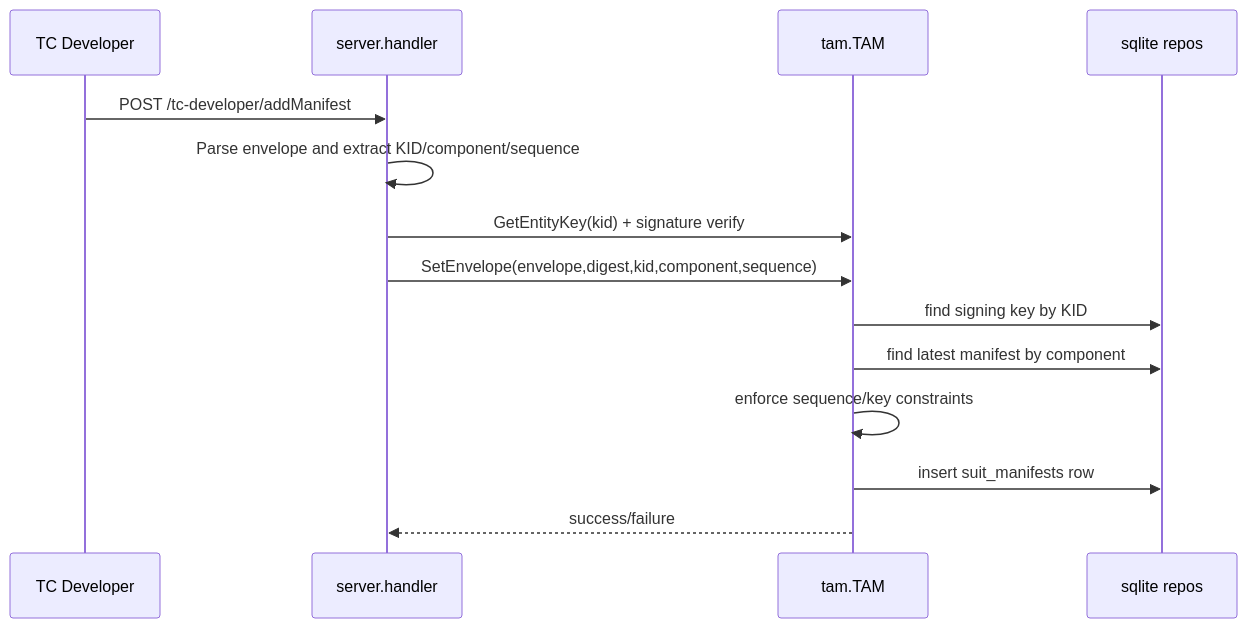
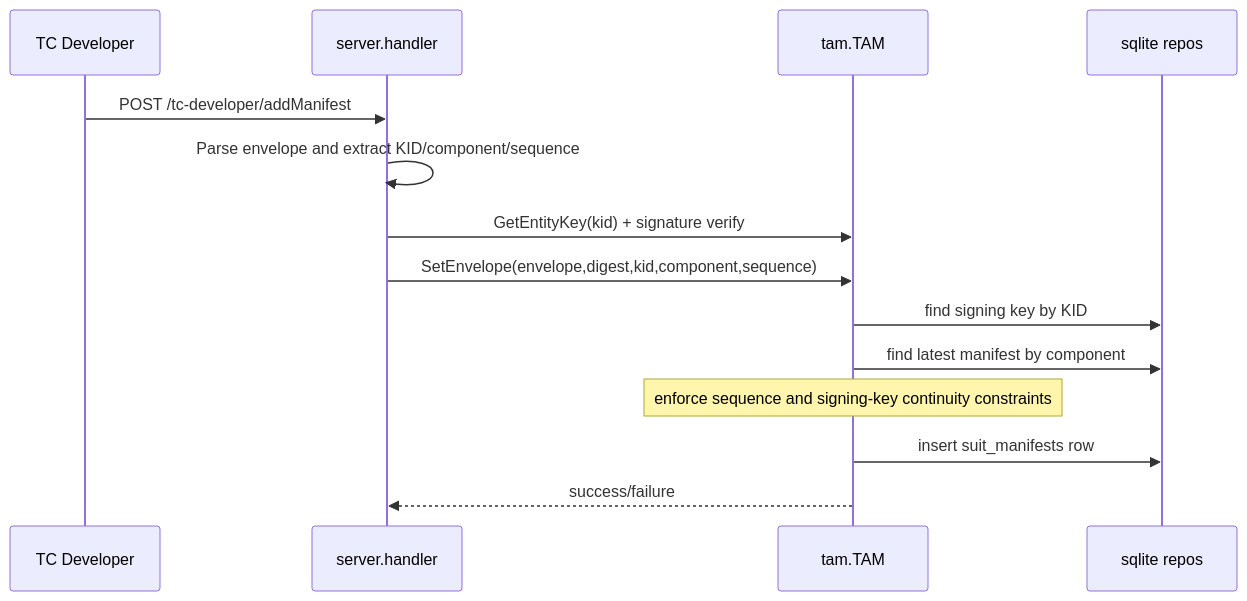
One commit to kentakayama/AttesTAM changed the first of 3 diagrams in doc/SUIT_MANIFEST_STORE.md. Above: the diagram before and after it, drawn with Mermaid. The commit also changed other lines of this file and 4 other files, not shown here.

````diff
--- a/doc/SUIT_MANIFEST_STORE.md
+++ b/doc/SUIT_MANIFEST_STORE.md
@@ -37,17 +37,17 @@
 ```mermaid
 sequenceDiagram
     participant Dev as TC Developer
     participant H as server.handler
     participant T as tam.TAM
     participant DB as sqlite repos
 
     Dev->>H: POST /tc-developer/addManifest
     H->>H: Parse envelope and extract KID/component/sequence
     H->>T: GetEntityKey(kid) + signature verify
     H->>T: SetEnvelope(envelope,digest,kid,component,sequence)
     T->>DB: find signing key by KID
     T->>DB: find latest manifest by component
-    T->>T: enforce sequence/key constraints
+    note over T: enforce sequence and signing-key continuity constraints
     T->>DB: insert suit_manifests row
     T-->>H: success/failure
 ```
````
